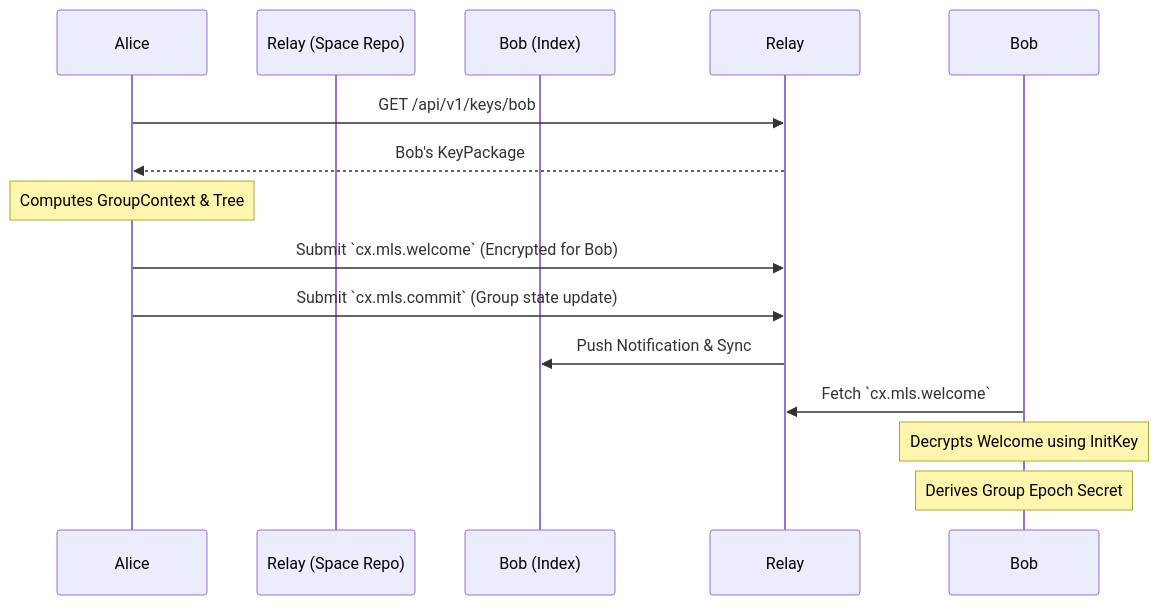
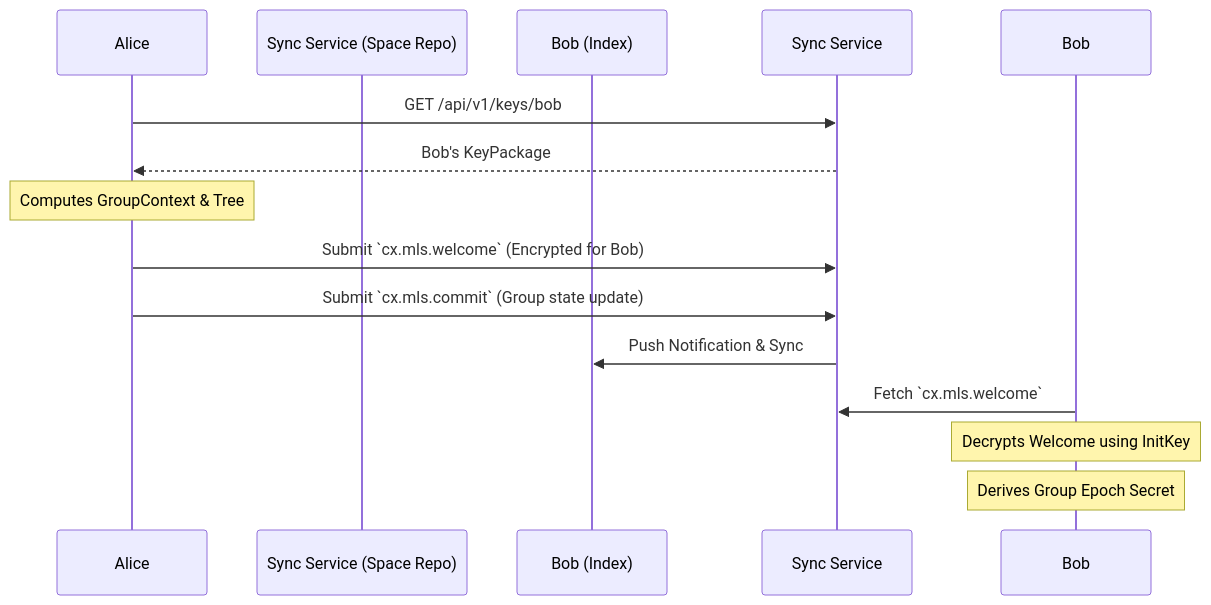
One commit to arkret-org/arkret-spec changed the diagram in zh/crypto-media/encryption-and-audit.md. Above: the diagram before and after it, drawn with Mermaid. The commit also changed other lines of this file and 65 other files, not shown here.

First line of the commit message:
Refactor sync service terminology and update API documentation

````diff
--- a/zh/crypto-media/encryption-and-audit.md
+++ b/zh/crypto-media/encryption-and-audit.md
@@ -25,20 +25,20 @@
 ```mermaid
 sequenceDiagram
     participant Alice
-    participant Relay (Space Repo)
+    participant Sync Service (Space Repo)
     participant Bob (Index)
 
-    Alice->>Relay: GET /api/v1/keys/bob
-    Relay-->>Alice: Bob's KeyPackage
+    Alice->>Sync Service: GET /api/v1/keys/bob
+    Sync Service-->>Alice: Bob's KeyPackage
     
     note over Alice: Computes GroupContext & Tree
     
-    Alice->>Relay: Submit `cx.mls.welcome` (Encrypted for Bob)
-    Alice->>Relay: Submit `cx.mls.commit` (Group state update)
+    Alice->>Sync Service: Submit `cx.mls.welcome` (Encrypted for Bob)
+    Alice->>Sync Service: Submit `cx.mls.commit` (Group state update)
     
-    Relay->>Bob (Index): Push Notification & Sync
+    Sync Service->>Bob (Index): Push Notification & Sync
     
-    Bob->>Relay: Fetch `cx.mls.welcome`
+    Bob->>Sync Service: Fetch `cx.mls.welcome`
     note over Bob: Decrypts Welcome using InitKey
     note over Bob: Derives Group Epoch Secret
 ```
````
